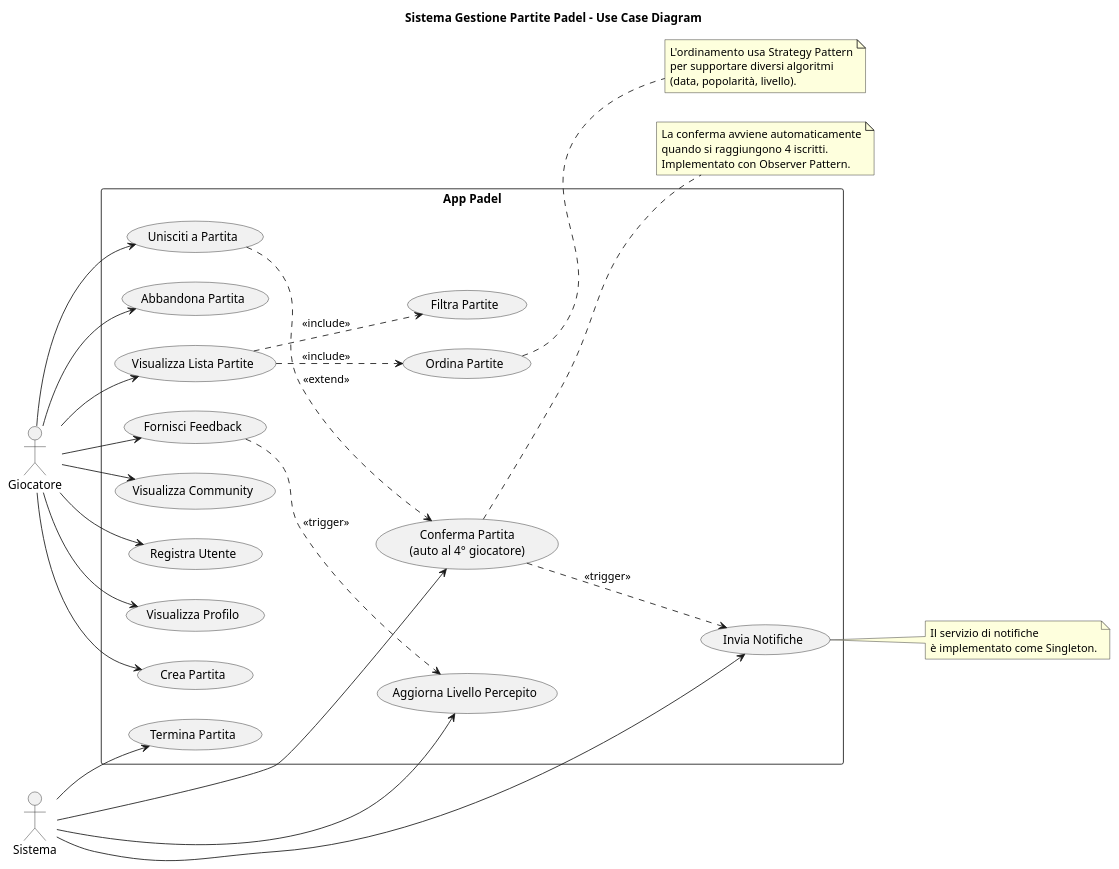
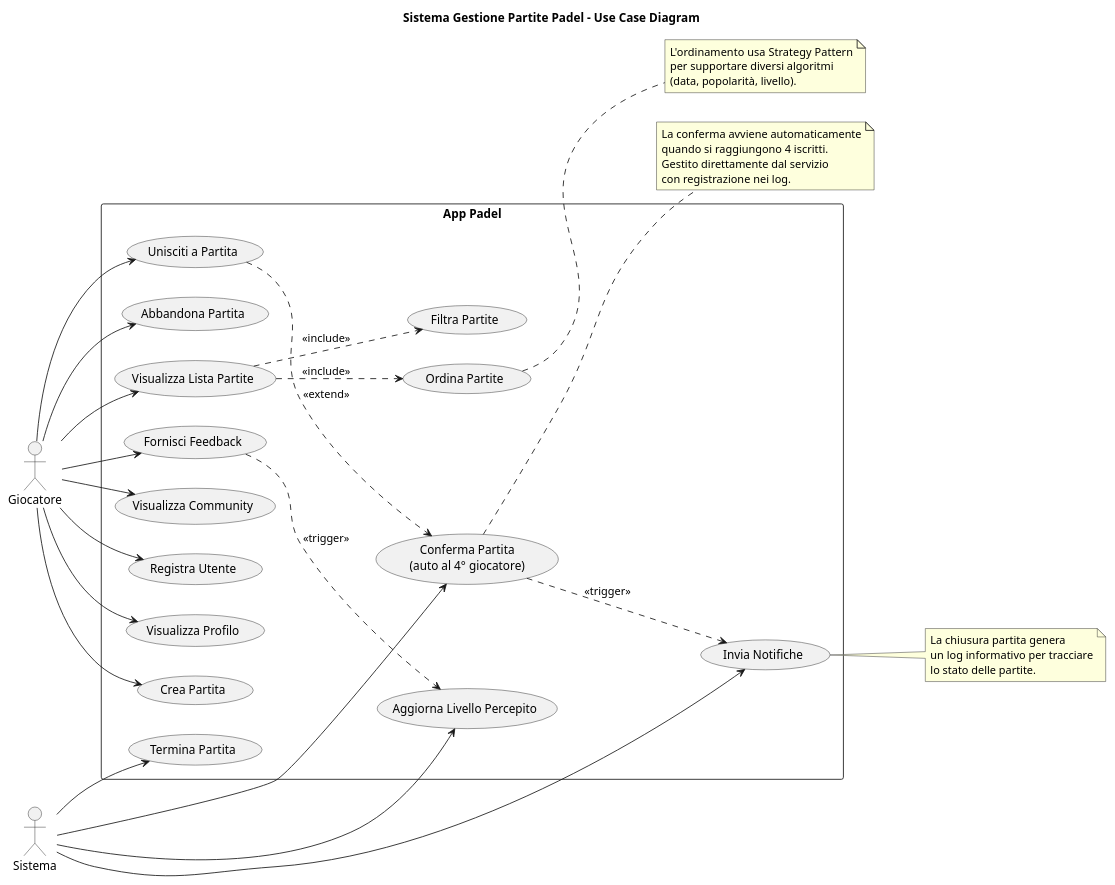
One commit to deessee0/JavaApp changed the diagram in docs/use-case-diagram.puml. Above: the diagram before and after it, drawn with PlantUML. The commit also changed 10 other files, not shown here.

```diff
--- a/docs/use-case-diagram.puml
+++ b/docs/use-case-diagram.puml
@@ -1,71 +1,73 @@
 @startuml Use Case Diagram - App Padel
 
 title Sistema Gestione Partite Padel - Use Case Diagram
 
 left to right direction
 
 actor "Giocatore" as player
 actor "Sistema" as system
 
 rectangle "App Padel" {
   
   usecase "Registra Utente" as UC1
   usecase "Visualizza Profilo" as UC2
   usecase "Crea Partita" as UC3
   usecase "Unisciti a Partita" as UC4
   usecase "Abbandona Partita" as UC5
   usecase "Visualizza Lista Partite" as UC6
   usecase "Filtra Partite" as UC7
   usecase "Ordina Partite" as UC8
   usecase "Fornisci Feedback" as UC9
   usecase "Visualizza Community" as UC10
   
   usecase "Conferma Partita\n(auto al 4° giocatore)" as UC11
   usecase "Termina Partita" as UC12
   usecase "Invia Notifiche" as UC13
   usecase "Aggiorna Livello Percepito" as UC14
 }
 
 ' Relazioni Giocatore
 player --> UC1
 player --> UC2
 player --> UC3
 player --> UC4
 player --> UC5
 player --> UC6
 player --> UC9
 player --> UC10
 
 ' Inclusioni
 UC6 ..> UC7 : <<include>>
 UC6 ..> UC8 : <<include>>
 UC4 ..> UC11 : <<extend>>
 
 ' Relazioni Sistema
 system --> UC11
 system --> UC12
 system --> UC13
 system --> UC14
 
 ' Dipendenze
 UC9 ..> UC14 : <<trigger>>
 UC11 ..> UC13 : <<trigger>>
 
 note right of UC11
   La conferma avviene automaticamente
   quando si raggiungono 4 iscritti.
-  Implementato con Observer Pattern.
+  Gestito direttamente dal servizio
+  con registrazione nei log.
 end note
 
 note right of UC8
   L'ordinamento usa Strategy Pattern
   per supportare diversi algoritmi
   (data, popolarità, livello).
 end note
 
 note right of UC13
-  Il servizio di notifiche
-  è implementato come Singleton.
+  La chiusura partita genera
+  un log informativo per tracciare
+  lo stato delle partite.
 end note
 
 @enduml
```
